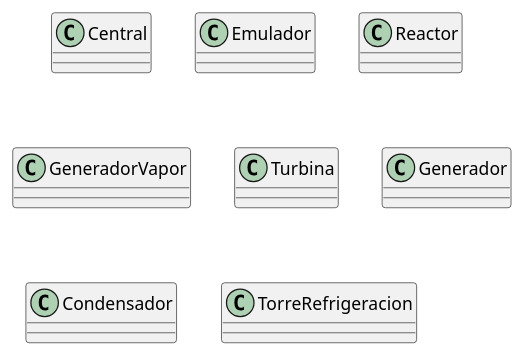
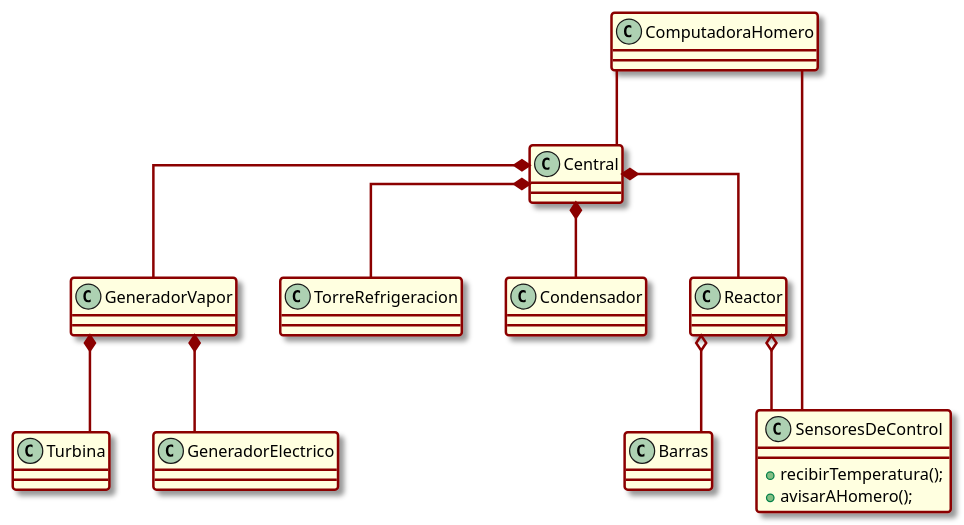
Before and after one commit to Xr60031/Laboratorio_3_Trabajo_Practico_Reactor_Nuclear: the diagram in src/DiagramaDeClases.puml, drawn with PlantUML.

Commit message:
Desarrollo del diagrama de clases

```diff
--- a/src/DiagramaDeClases.puml
+++ b/src/DiagramaDeClases.puml
@@ -1,36 +1,69 @@
 @startuml DiagramaDeClases
 
-class Central{
+skinparam defaultFontName Arial
+skinparam DefaultFontSize 13
+skinparam Linetype ortho
+skinparam Arrowcolor darkred
+skinparam ArrowThickness 2
+skinparam Classbordercolor darkred
+skinparam ClassBorderThickness 2
+skinparam ClassBackgroundColor LightYellow
+skinparam Shadowing true
+skinparam GroupInheritance 1 /'1 indica la cantidad de flechas indeptes.'/
+skinparam NoteBackgroundColor yellow
+skinparam NoteBorderThickness 2
 
+
+class ComputadoraHomero{
+    
 }
 
-class Emulador{
-
+class Central{
+    
 }
 
 class Reactor{
 
 }
 
 class GeneradorVapor{
 
 }
 
-class Turbina{
-
-}
-
-class Generador{
+class TorreRefrigeracion{
 
 }
 
 class Condensador{
 
 }
 
-class TorreRefrigeracion{
+class Barras{
+    
+}
+
+class SensoresDeControl{
+    + recibirTemperatura();
+    + avisarAHomero();
+}
+
+class Turbina{
 
 }
 
+class GeneradorElectrico{
+
+}
+
+Central *-- Reactor
+Central *-- GeneradorVapor
+GeneradorVapor *-- Turbina
+GeneradorVapor *-- GeneradorElectrico
+Central *-- TorreRefrigeracion
+Central *-- Condensador
+ComputadoraHomero -- Central
+Reactor o-- Barras
+Reactor o-- SensoresDeControl
+SensoresDeControl -- ComputadoraHomero
 
 @enduml
```
